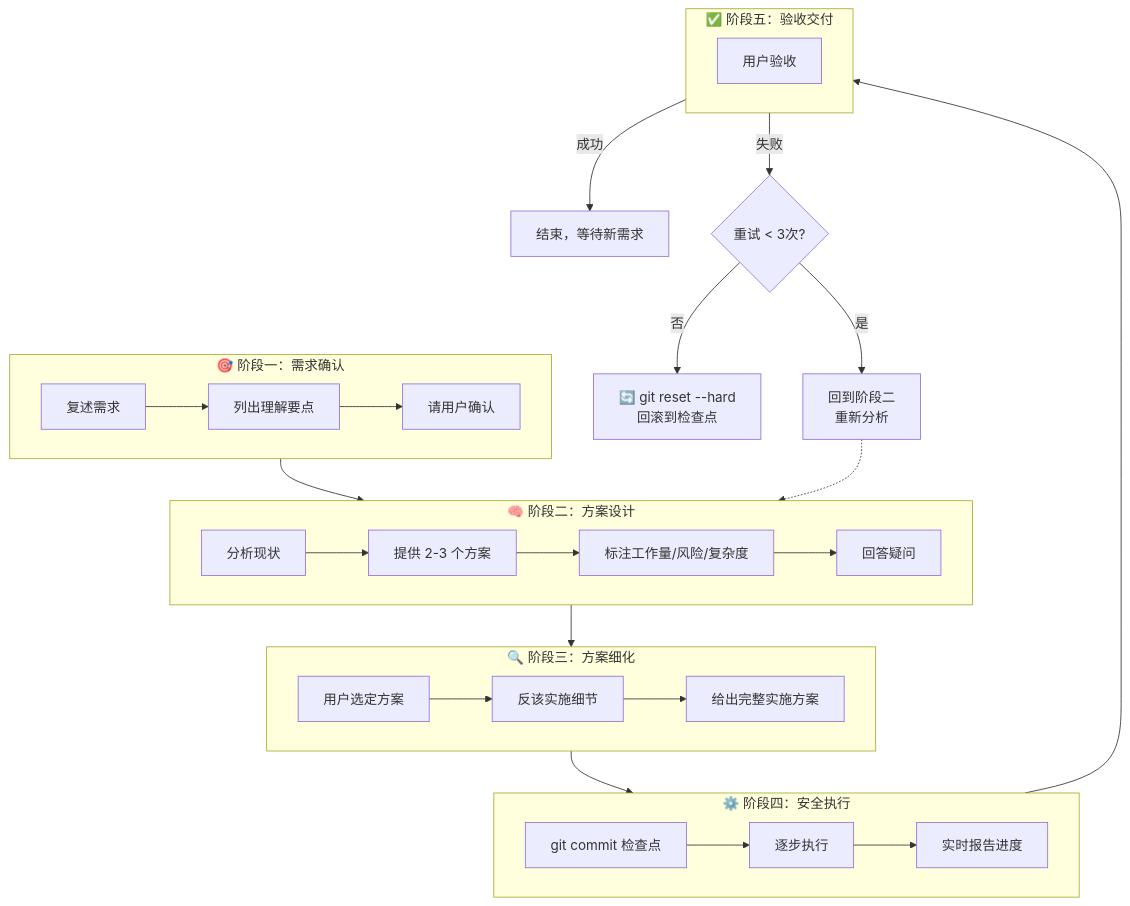
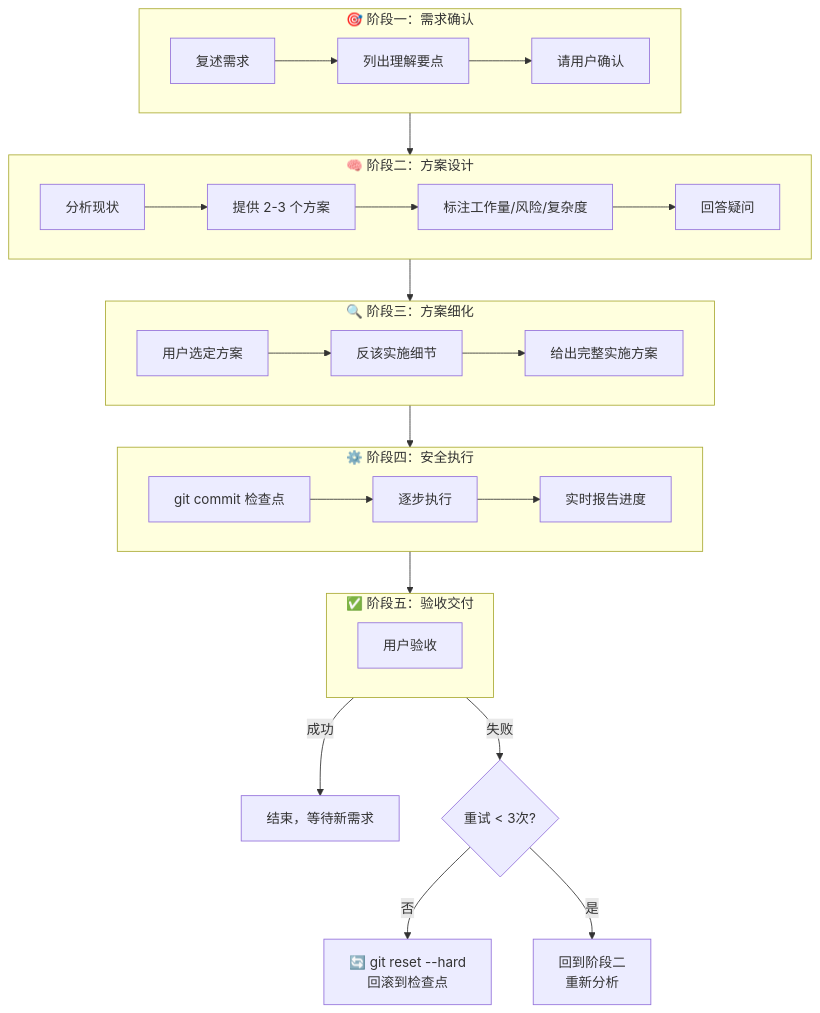
One commit to NiannianSoHungry/check-then-go-skill changed the diagram in README.md. Above: the diagram before and after it, drawn with Mermaid.

Commit message:
fix: 彻底移除回边箭头，TD 顺序严格保持

````diff
--- a/README.md
+++ b/README.md
@@ -53,43 +53,42 @@
 ```mermaid
 flowchart TD
     subgraph 阶段一["🎯 阶段一：需求确认"]
         direction LR
         A1[复述需求] --> A2[列出理解要点]
         A2 --> A3[请用户确认]
     end
 
     subgraph 阶段二["🧠 阶段二：方案设计"]
         direction LR
         B1[分析现状] --> B2[提供 2-3 个方案]
         B2 --> B3[标注工作量/风险/复杂度]
         B3 --> B4[回答疑问]
     end
 
     subgraph 阶段三["🔍 阶段三：方案细化"]
         direction LR
         C1[用户选定方案] --> C2[反该实施细节]
         C2 --> C3[给出完整实施方案]
     end
 
     subgraph 阶段四["⚙️ 阶段四：安全执行"]
         direction LR
         D1[git commit 检查点] --> D2[逐步执行]
         D2 --> D3[实时报告进度]
     end
 
     subgraph 阶段五["✅ 阶段五：验收交付"]
         direction LR
         E1[用户验收]
     end
 
     阶段一 --> 阶段二
     阶段二 --> 阶段三
     阶段三 --> 阶段四
     阶段四 --> 阶段五
 
     E1 -->|成功| F[结束，等待新需求]
     E1 -->|失败| G{重试 < 3次?}
     G -->|否| H[🔄 git reset --hard<br/>回滚到检查点]
     G -->|是| 回到阶段二[回到阶段二<br/>重新分析]
-    回到阶段二 -.-> 阶段二
 ```
````
